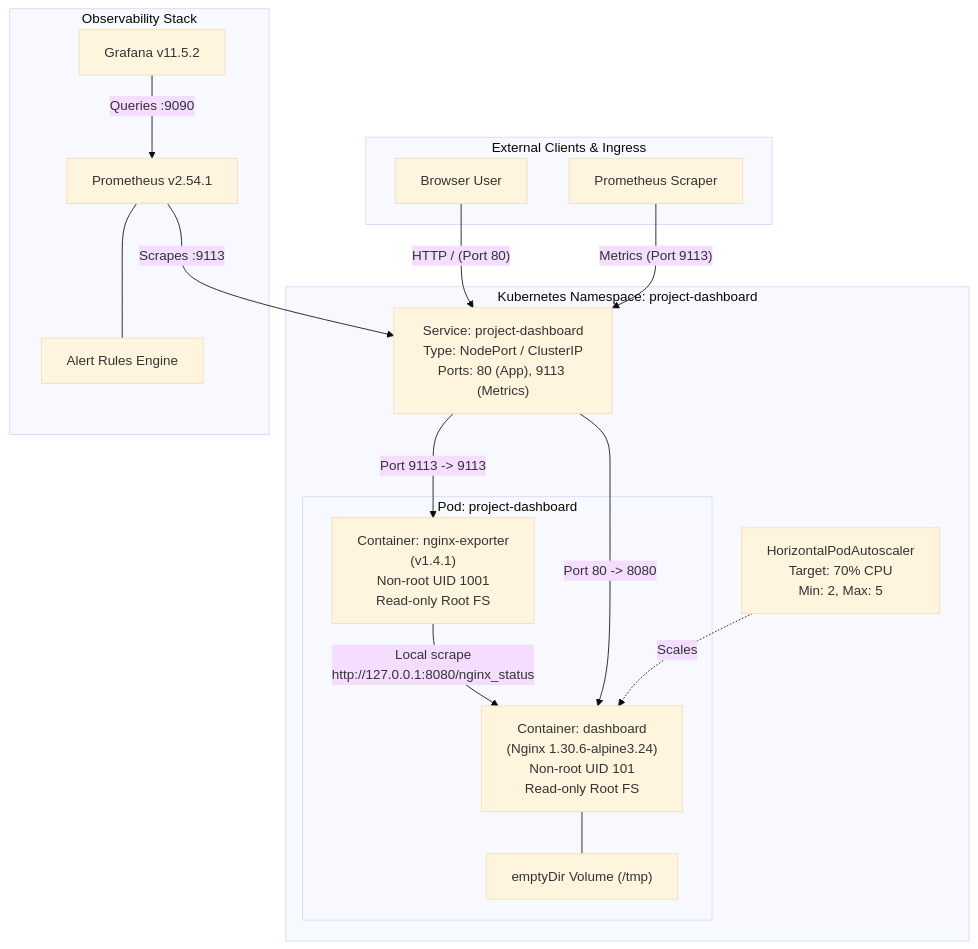
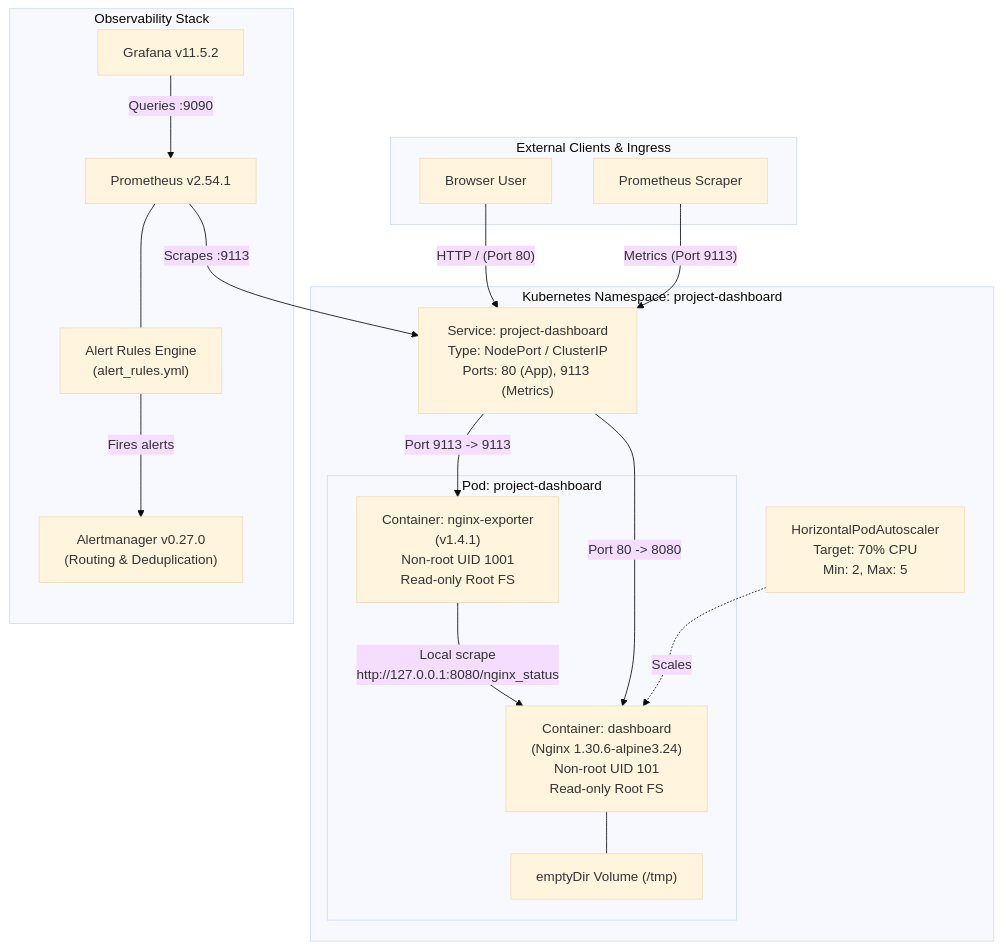
Before and after one commit to ArjunReddyVelma/project-mangement-app-main: the first of 3 diagrams in ARCHITECTURE.md, drawn with Mermaid (base theme). The commit also changed other lines of this file and 7 other files, not shown here.

````diff
--- a/ARCHITECTURE.md
+++ b/ARCHITECTURE.md
@@ -16,38 +16,40 @@
 ```mermaid
 flowchart TD
     subgraph "External Clients & Ingress"
         Client["Browser User"]
         PromHost["Prometheus Scraper"]
     end
 
     subgraph "Kubernetes Namespace: project-dashboard"
         subgraph "Pod: project-dashboard"
             Nginx["Container: dashboard\n(Nginx 1.30.6-alpine3.24)\nNon-root UID 101\nRead-only Root FS"]
             Exporter["Container: nginx-exporter\n(v1.4.1)\nNon-root UID 1001\nRead-only Root FS"]
             TmpVol["emptyDir Volume (/tmp)"]
             
             Nginx --- TmpVol
             Exporter -->|"Local scrape\nhttp://127.0.0.1:8080/nginx_status"| Nginx
         end
 
         K8sSvc["Service: project-dashboard\nType: NodePort / ClusterIP\nPorts: 80 (App), 9113 (Metrics)"]
         HPA["HorizontalPodAutoscaler\nTarget: 70% CPU\nMin: 2, Max: 5"]
         
         K8sSvc -->|"Port 80 -> 8080"| Nginx
         K8sSvc -->|"Port 9113 -> 9113"| Exporter
         HPA -.->|"Scales"| Nginx
     end
 
     subgraph "Observability Stack"
         Prom["Prometheus v2.54.1"]
+        AM["Alertmanager v0.27.0\n(Routing & Deduplication)"]
         Graf["Grafana v11.5.2"]
-        Alerts["Alert Rules Engine"]
+        Alerts["Alert Rules Engine\n(alert_rules.yml)"]
         
         Prom -->|"Scrapes :9113"| K8sSvc
+        Prom --- Alerts
+        Alerts -->|"Fires alerts"| AM
         Graf -->|"Queries :9090"| Prom
-        Prom --- Alerts
     end
 
     Client -->|"HTTP / (Port 80)"| K8sSvc
     PromHost -->|"Metrics (Port 9113)"| K8sSvc
 ```
````
